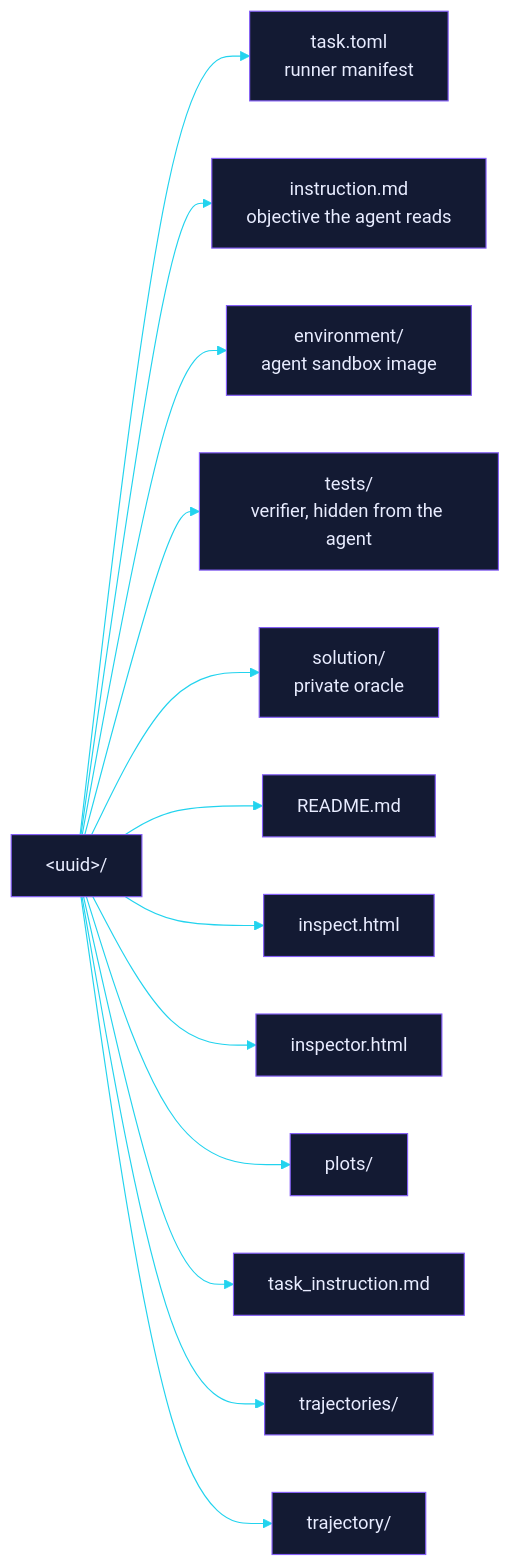
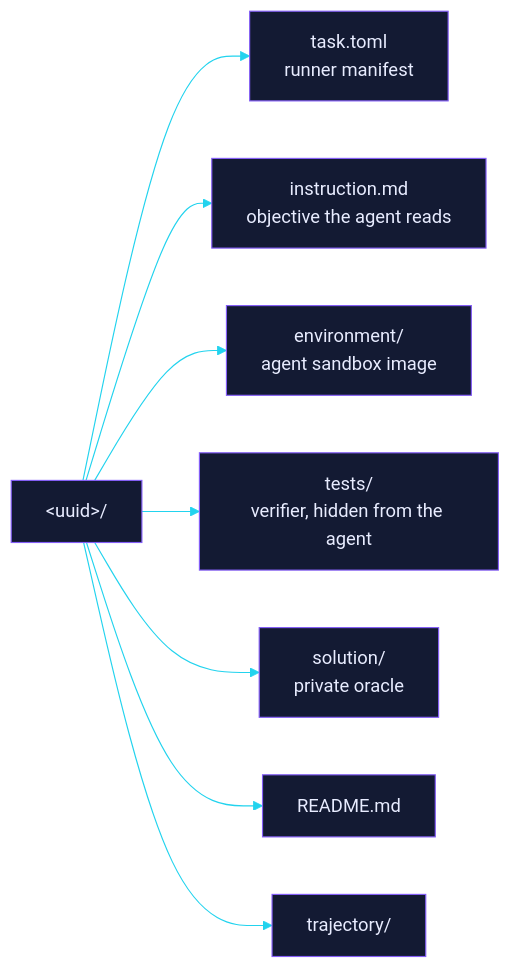
Before and after one commit to EtharaLabs/mephisto-samples: the first of 2 diagrams in README.md, drawn with Mermaid. The commit also changed other lines of this file, not shown here.

````diff
--- a/README.md
+++ b/README.md
@@ -176,17 +75,12 @@
 ```mermaid
 %%{init: {"theme":"base","themeVariables":{"primaryColor":"#131a33","primaryTextColor":"#e8ecff","primaryBorderColor":"#845EF7","lineColor":"#22d3ee","fontFamily":"monospace"}}}%%
 flowchart LR
     bundle["&lt;uuid&gt;/"]
     bundle --> n0["task.toml<br/>runner manifest"]
     bundle --> n1["instruction.md<br/>objective the agent reads"]
     bundle --> n2["environment/<br/>agent sandbox image"]
     bundle --> n3["tests/<br/>verifier, hidden from the agent"]
     bundle --> n4["solution/<br/>private oracle"]
     bundle --> n5["README.md"]
-    bundle --> n6["inspect.html"]
-    bundle --> n7["inspector.html"]
-    bundle --> n8["plots/"]
-    bundle --> n9["task_instruction.md"]
-    bundle --> n10["trajectories/"]
-    bundle --> n11["trajectory/"]
+    bundle --> n6["trajectory/"]
 ```
````
